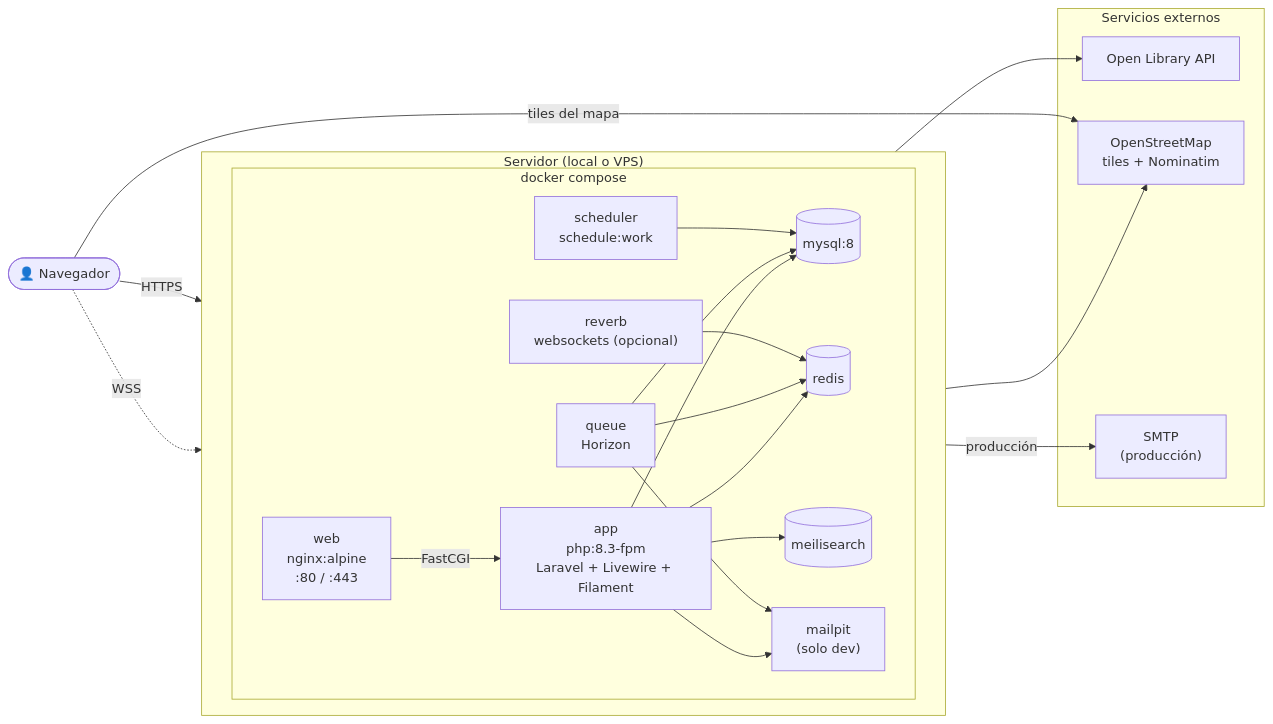
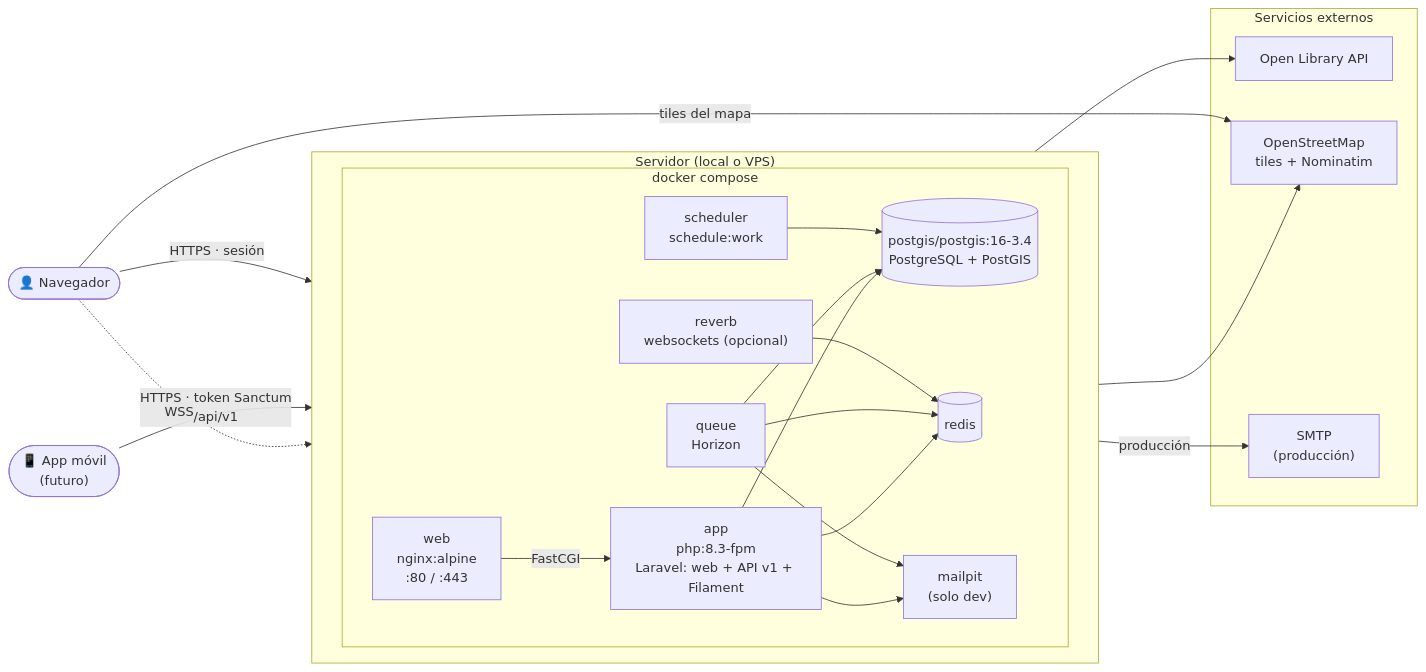
Before and after one commit to zStrikke/zBooks: the diagram in docs/diagramas/07-despliegue.md, drawn with Mermaid. The commit also changed other lines of this file and 12 other files, not shown here.

First line of the commit message:
docs: PostgreSQL + PostGIS, API REST v1 y autenticación

````diff
--- a/docs/diagramas/07-despliegue.md
+++ b/docs/diagramas/07-despliegue.md
@@ -3,42 +3,42 @@
 ```mermaid
 flowchart LR
     U(["👤 Navegador"])
+    MOB(["📱 App móvil<br/>(futuro)"])
 
     subgraph Host["Servidor (local o VPS)"]
         direction LR
         subgraph Compose["docker compose"]
             WEB["web<br/>nginx:alpine<br/>:80 / :443"]
-            APP["app<br/>php:8.3-fpm<br/>Laravel + Livewire + Filament"]
+            APP["app<br/>php:8.3-fpm<br/>Laravel: web + API v1 + Filament"]
             QUEUE["queue<br/>Horizon"]
             SCHED["scheduler<br/>schedule:work"]
             REVERB["reverb<br/>websockets (opcional)"]
-            DB[("mysql:8")]
+            DB[("postgis/postgis:16-3.4<br/>PostgreSQL + PostGIS")]
             REDIS[("redis")]
-            MEILI[("meilisearch")]
             MAIL["mailpit<br/>(solo dev)"]
         end
     end
 
     subgraph Ext["Servicios externos"]
         OL["Open Library API"]
         OSM["OpenStreetMap<br/>tiles + Nominatim"]
         SMTP["SMTP<br/>(producción)"]
     end
 
-    U -->|HTTPS| WEB
+    U -->|HTTPS · sesión| WEB
+    MOB -->|HTTPS · token Sanctum<br/>/api/v1| WEB
     U -.->|WSS| REVERB
     WEB -->|FastCGI| APP
     APP --> DB
     APP --> REDIS
-    APP --> MEILI
     QUEUE --> REDIS
     QUEUE --> DB
     SCHED --> DB
     REVERB --> REDIS
     APP --> MAIL
     QUEUE --> MAIL
     QUEUE -->|producción| SMTP
     QUEUE --> OL
     QUEUE --> OSM
     U -->|tiles del mapa| OSM
 ```
````
